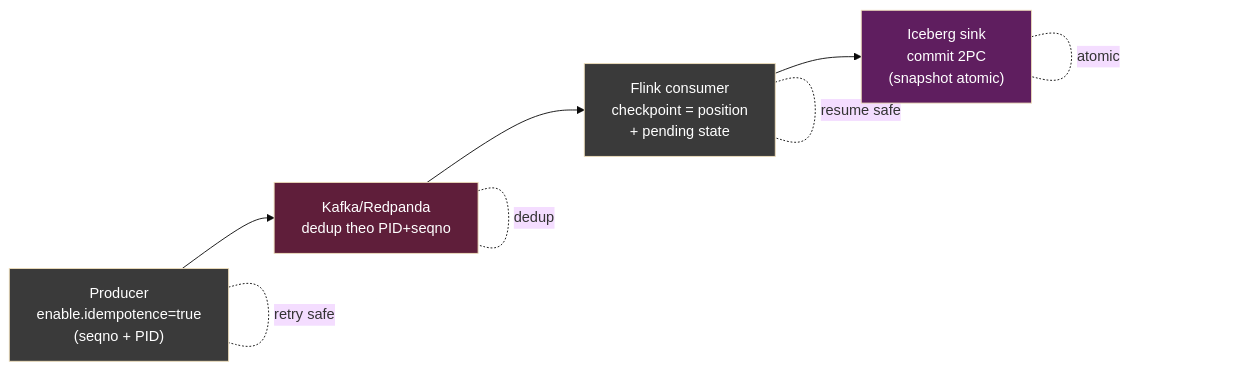
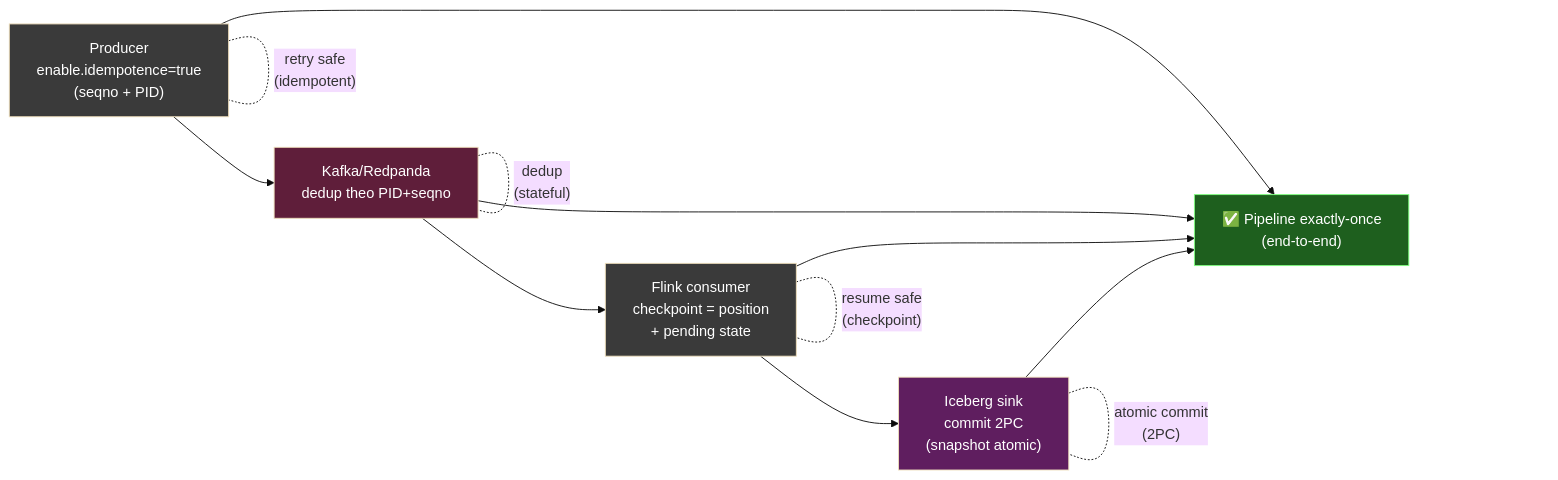
Before and after one commit to ankinguyen-engineer-2002/realtime-data-ai-platform-digital-twin: the first of 5 diagrams in learning/00-mental-models/06-idempotency.md, drawn with Mermaid (base theme). The commit also changed other lines of this file and 3 other files, not shown here.

````diff
--- a/learning/00-mental-models/06-idempotency.md
+++ b/learning/00-mental-models/06-idempotency.md
@@ -43,20 +104,29 @@
 ```mermaid
 flowchart LR
     classDef p fill:#3a3a3a,color:#fff
     classDef k fill:#5f1e3a,color:#fff
+    classDef f fill:#3a5f1e,color:#fff
     classDef s fill:#5f1e5f,color:#fff
+    classDef i fill:#1e5f1e,stroke:#7fff7f,color:#fff
 
     P["Producer<br/>enable.idempotence=true<br/>(seqno + PID)"]:::p
     K["Kafka/Redpanda<br/>dedup theo PID+seqno"]:::k
     F["Flink consumer<br/>checkpoint = position<br/>+ pending state"]:::p
     Sink["Iceberg sink<br/>commit 2PC<br/>(snapshot atomic)"]:::s
 
+    I["✅ Pipeline exactly-once<br/>(end-to-end)"]:::i
+
     P --> K
     K --> F
     F --> Sink
 
-    P -. retry safe .- P
-    K -. dedup .- K
-    F -. resume safe .- F
-    Sink -. atomic .- Sink
+    P -. "retry safe<br/>(idempotent)" .- P
+    K -. "dedup<br/>(stateful)" .- K
+    F -. "resume safe<br/>(checkpoint)" .- F
+    Sink -. "atomic commit<br/>(2PC)" .- Sink
+
+    P --> I
+    K --> I
+    F --> I
+    Sink --> I
 ```
````
